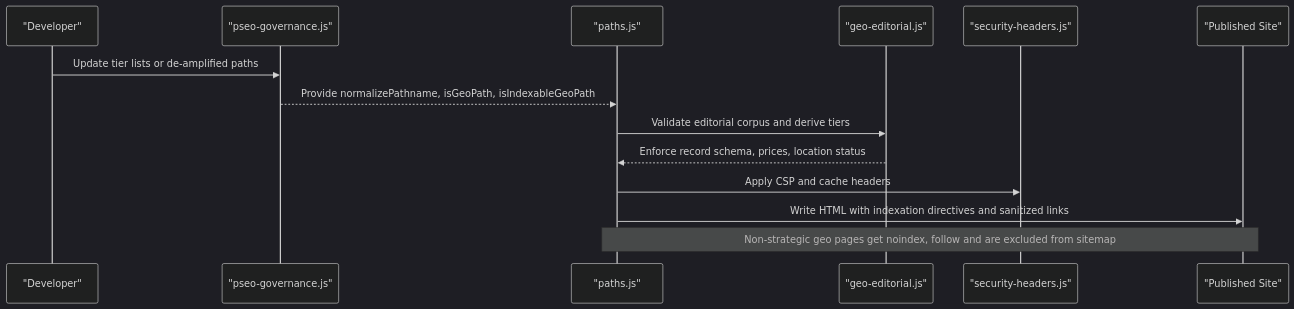
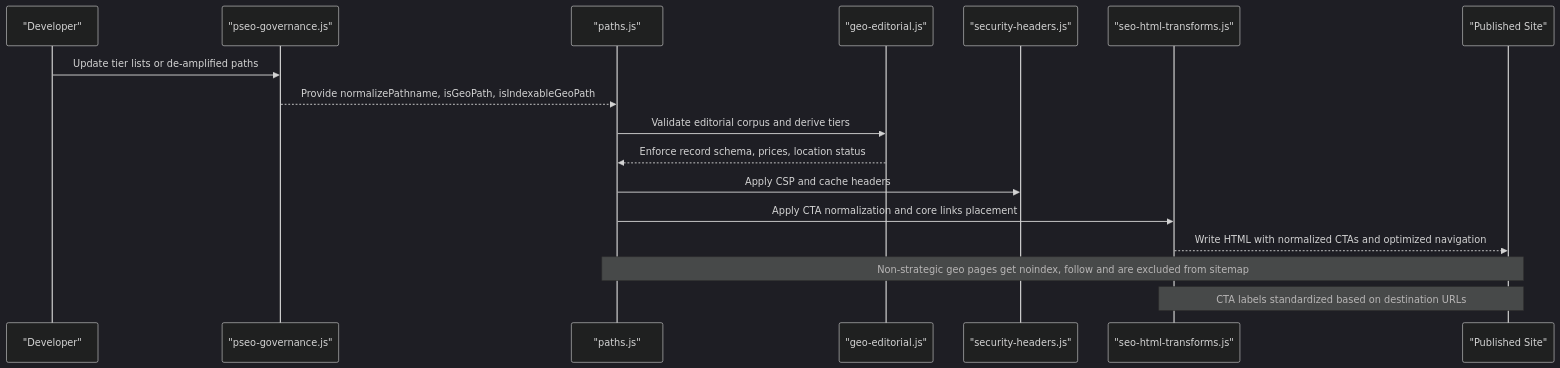
One commit to Massimilianociconte/WebNovis changed the second of 6 diagrams in .qoder/repowiki/en/content/Security Implementation/SEO Governance & Content Security.md. Above: the diagram before and after it, drawn with Mermaid (dark theme). The commit also changed other lines of this file and 1261 other files, not shown here.

````diff
--- a/.qoder/repowiki/en/content/Security Implementation/SEO Governance & Content Security.md
+++ b/.qoder/repowiki/en/content/Security Implementation/SEO Governance & Content Security.md
@@ -112,16 +130,19 @@
 ```mermaid
 sequenceDiagram
 participant Dev as "Developer"
 participant Gov as "pseo-governance.js"
 participant Build as "paths.js"
 participant Editor as "geo-editorial.js"
 participant Sec as "security-headers.js"
+participant CTA as "seo-html-transforms.js"
 participant Site as "Published Site"
 Dev->>Gov : Update tier lists or de-amplified paths
 Gov-->>Build : Provide normalizePathname, isGeoPath, isIndexableGeoPath
 Build->>Editor : Validate editorial corpus and derive tiers
 Editor-->>Build : Enforce record schema, prices, location status
 Build->>Sec : Apply CSP and cache headers
-Build->>Site : Write HTML with indexation directives and sanitized links
+Build->>CTA : Apply CTA normalization and core links placement
+CTA-->>Site : Write HTML with normalized CTAs and optimized navigation
 Note over Build,Site : Non-strategic geo pages get noindex, follow and are excluded from sitemap
+Note over CTA,Site : CTA labels standardized based on destination URLs
 ```
````
